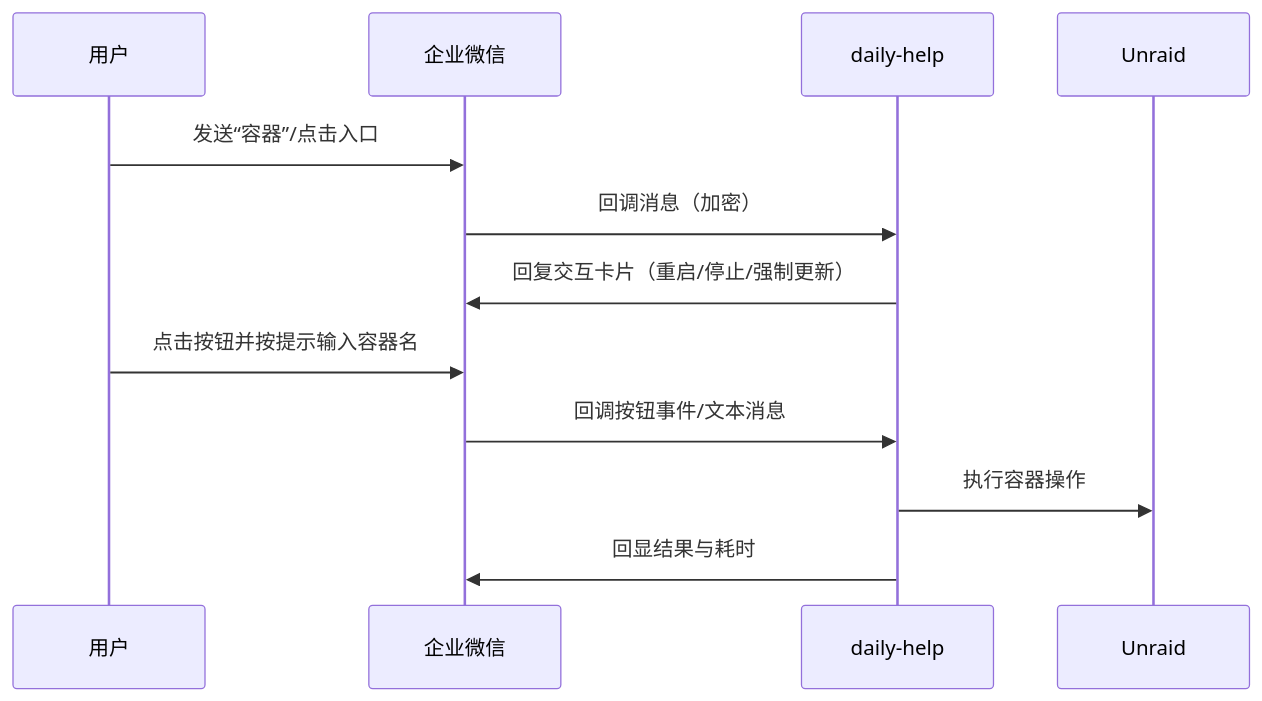
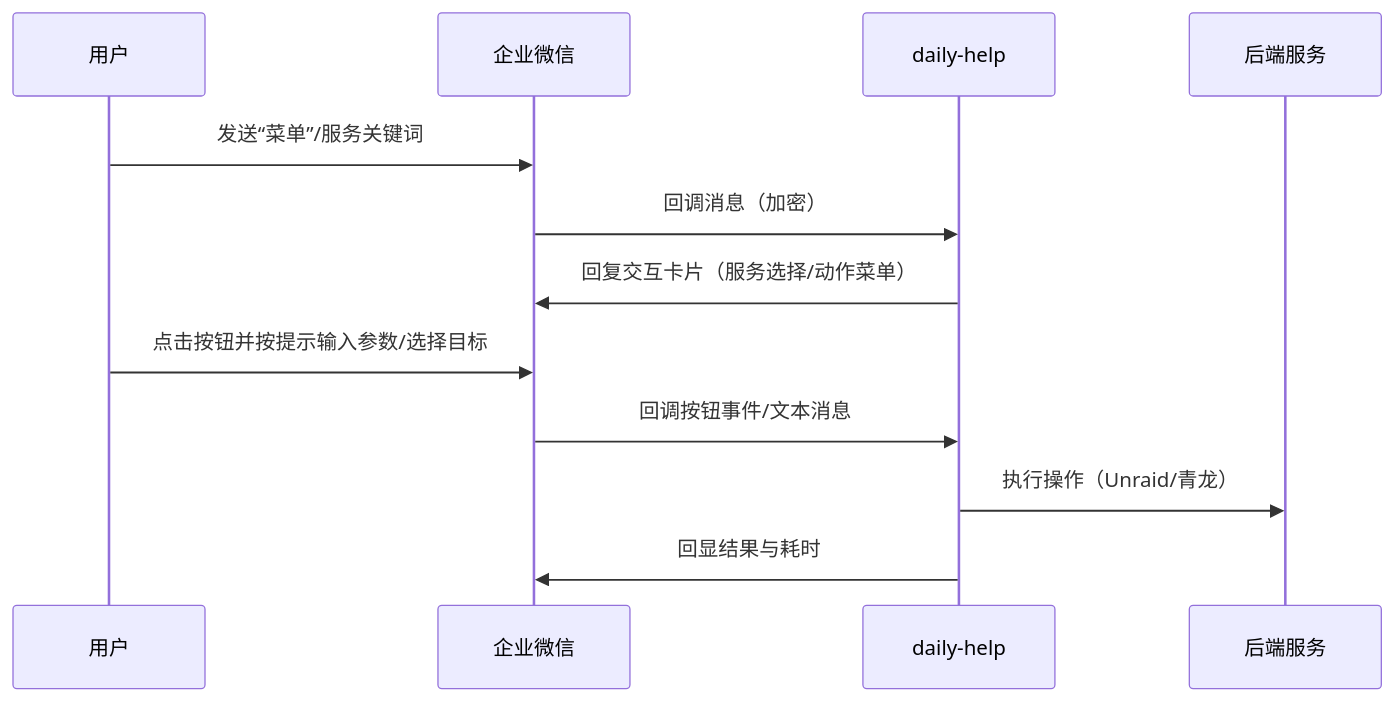
The second of 2 diagrams in helloagents/wiki/arch.md (zcw199604/daily-help), drawn with Mermaid before and after one commit. The commit also changed other lines of this file and 26 other files, not shown here.

````diff
--- a/helloagents/wiki/arch.md
+++ b/helloagents/wiki/arch.md
@@ -22,15 +27,15 @@
 ```mermaid
 sequenceDiagram
     participant User as 用户
     participant WeCom as 企业微信
     participant Svc as daily-help
-    participant Unraid as Unraid
+    participant Backend as 后端服务
 
-    User->>WeCom: 发送“容器”/点击入口
+    User->>WeCom: 发送“菜单”/服务关键词
     WeCom->>Svc: 回调消息（加密）
-    Svc->>WeCom: 回复交互卡片（重启/停止/强制更新）
-    User->>WeCom: 点击按钮并按提示输入容器名
+    Svc->>WeCom: 回复交互卡片（服务选择/动作菜单）
+    User->>WeCom: 点击按钮并按提示输入参数/选择目标
     WeCom->>Svc: 回调按钮事件/文本消息
-    Svc->>Unraid: 执行容器操作
+    Svc->>Backend: 执行操作（Unraid/青龙）
     Svc->>WeCom: 回显结果与耗时
 ```
````
